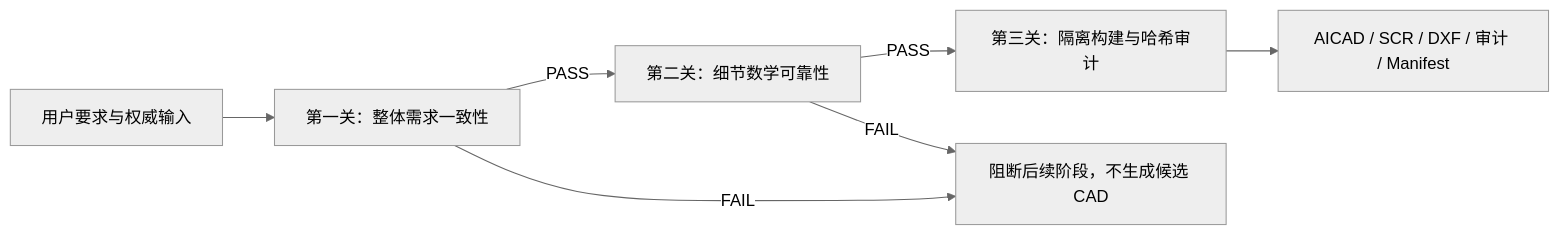
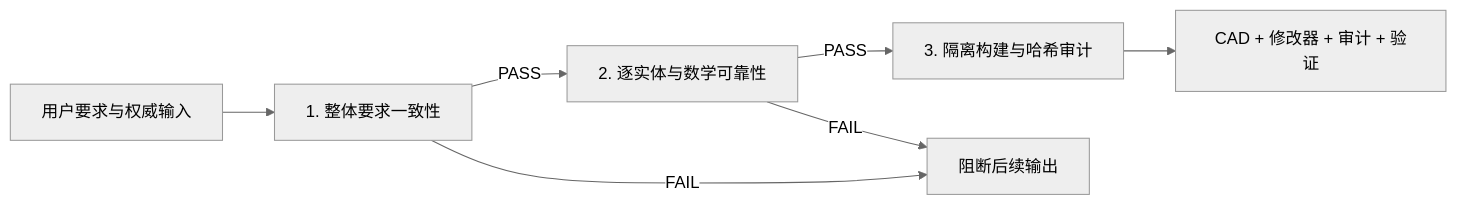
One commit to JMET04/aicad-agent changed the diagram in README.md. Above: the diagram before and after it, drawn with Mermaid (neutral theme). The commit also changed other lines of this file and 172 other files, not shown here.

Commit message:
Release aicad-agent 1.7.0 with measured CAD modifier

````diff
--- a/README.md
+++ b/README.md
@@ -19,9 +31,9 @@
 ```mermaid
 flowchart LR
-  A["用户要求与权威输入"] --> B["第一关：整体需求一致性"]
-  B -->|"PASS"| C["第二关：细节数学可靠性"]
-  C -->|"PASS"| D["第三关：隔离构建与哈希审计"]
-  D --> E["AICAD / SCR / DXF / 审计 / Manifest"]
-  B -->|"FAIL"| X["阻断后续阶段，不生成候选 CAD"]
-  C -->|"FAIL"| X
+  A["用户要求与权威输入"] --> B["1. 整体要求一致性"]
+  B -->|PASS| C["2. 逐实体与数学可靠性"]
+  C -->|PASS| D["3. 隔离构建与哈希审计"]
+  D --> E["CAD + 修改器 + 审计 + 验证"]
+  B -->|FAIL| X["阻断后续输出"]
+  C -->|FAIL| X
 ```
````
